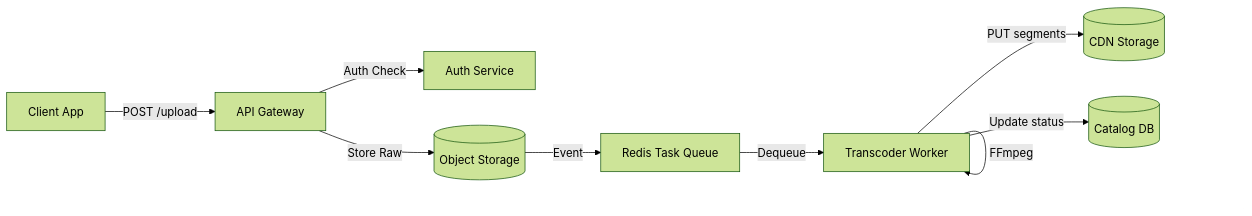
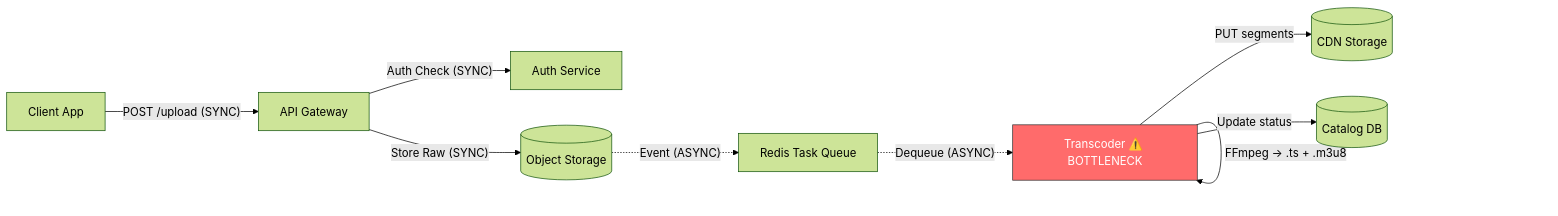
Before and after one commit to Dannavv/VideoScale-Engineering-From-Monolith-to-Cloud-Native-Streaming: the second of 3 diagrams in README.md, drawn with Mermaid (forest theme). The commit also changed other lines of this file and 1 other file, not shown here.

````diff
--- a/README.md
+++ b/README.md
@@ -50,11 +98,13 @@
 ```mermaid
 graph LR
-    Client[Client App] -->|POST /upload| GW[API Gateway]
-    GW -->|Auth Check| Auth[Auth Service]
-    GW -->|Store Raw| S3[(Object Storage)]
-    S3 -->|Event| Queue[Redis Task Queue]
-    Queue -->|Dequeue| Worker[Transcoder Worker]
-    Worker -->|FFmpeg| Worker
-    Worker -->|PUT segments| S3cdn[(CDN Storage)]
-    Worker -->|Update status| DB[(Catalog DB)]
+    Client[Client App] -->|"POST /upload (SYNC)"| GW[API Gateway]
+    GW -->|"Auth Check (SYNC)"| Auth[Auth Service]
+    GW -->|"Store Raw (SYNC)"| S3[(Object Storage)]
+    S3 -.->|"Event (ASYNC)"| Queue[Redis Task Queue]
+    Queue -.->|"Dequeue (ASYNC)"| Worker["Transcoder ⚠️ BOTTLENECK"]
+    Worker -->|"FFmpeg → .ts + .m3u8"| Worker
+    Worker -->|"PUT segments"| S3cdn[(CDN Storage)]
+    Worker -->|"Update status"| DB[(Catalog DB)]
+    
+    style Worker fill:#ff6b6b,stroke:#333,color:#fff
 ```
````
